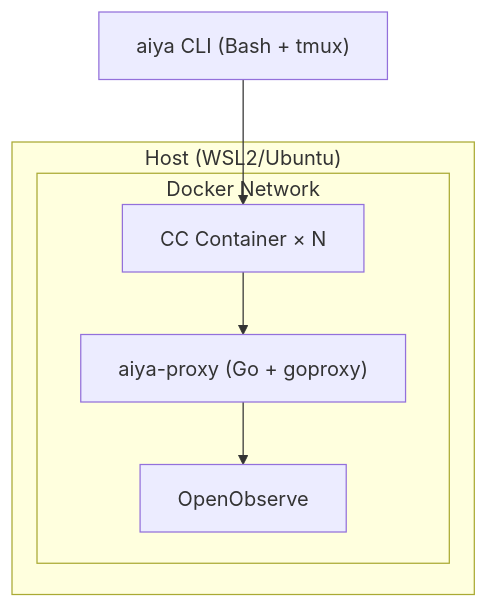
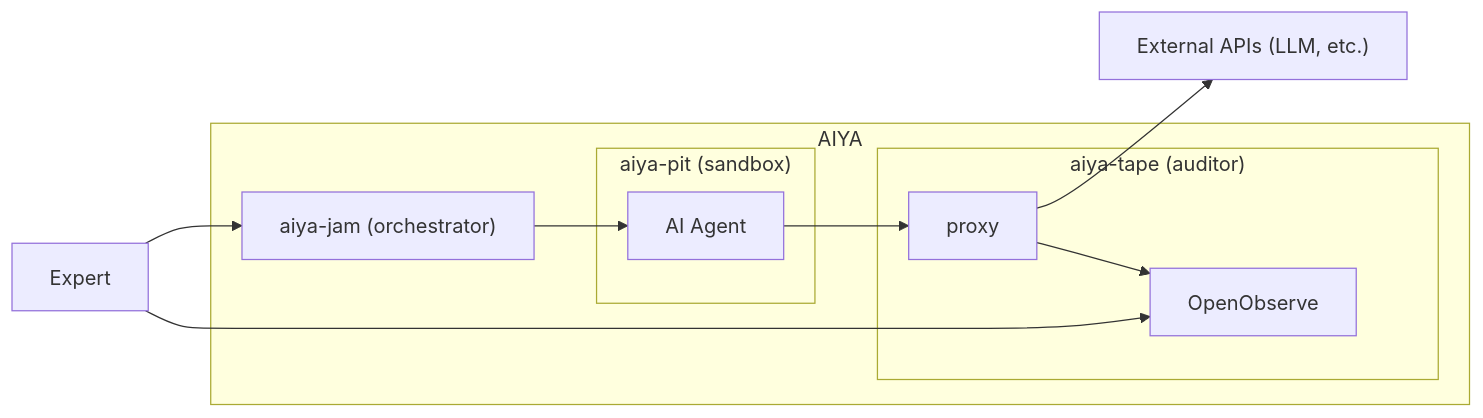
One commit to kiyohome/outputs changed the diagram in agents-in-your-area/README.md. Above: the diagram before and after it, drawn with Mermaid. The commit also changed other lines of this file and 11 other files, not shown here.

````diff
--- a/agents-in-your-area/README.md
+++ b/agents-in-your-area/README.md
@@ -51,16 +98,23 @@
 ```mermaid
-flowchart TB
-    CLI["aiya CLI (Bash + tmux)"]
+flowchart LR
+    Expert["Expert"]
+    API["External APIs (LLM, etc.)"]
 
-    subgraph Host["Host (WSL2/Ubuntu)"]
-        subgraph DockerNet["Docker Network"]
-            CC["CC Container × N"]
-            Proxy["aiya-proxy (Go + goproxy)"]
-            O2["OpenObserve"]
-            CC --> Proxy
-            Proxy --> O2
-        end
+    subgraph AIYA["AIYA"]
+      Jam["aiya-jam (orchestrator)"]
+      subgraph Pit["aiya-pit (sandbox)"]
+        Agent["AI Agent"]
+      end
+      subgraph Tape["aiya-tape (auditor)"]
+        Proxy["proxy"]
+        O2["OpenObserve"]
+      end
     end
 
-    CLI --> CC
+    Expert --> Jam
+    Jam --> Agent
+    Agent --> Proxy
+    Proxy --> API
+    Proxy --> O2
+    Expert --> O2
 ```
````
